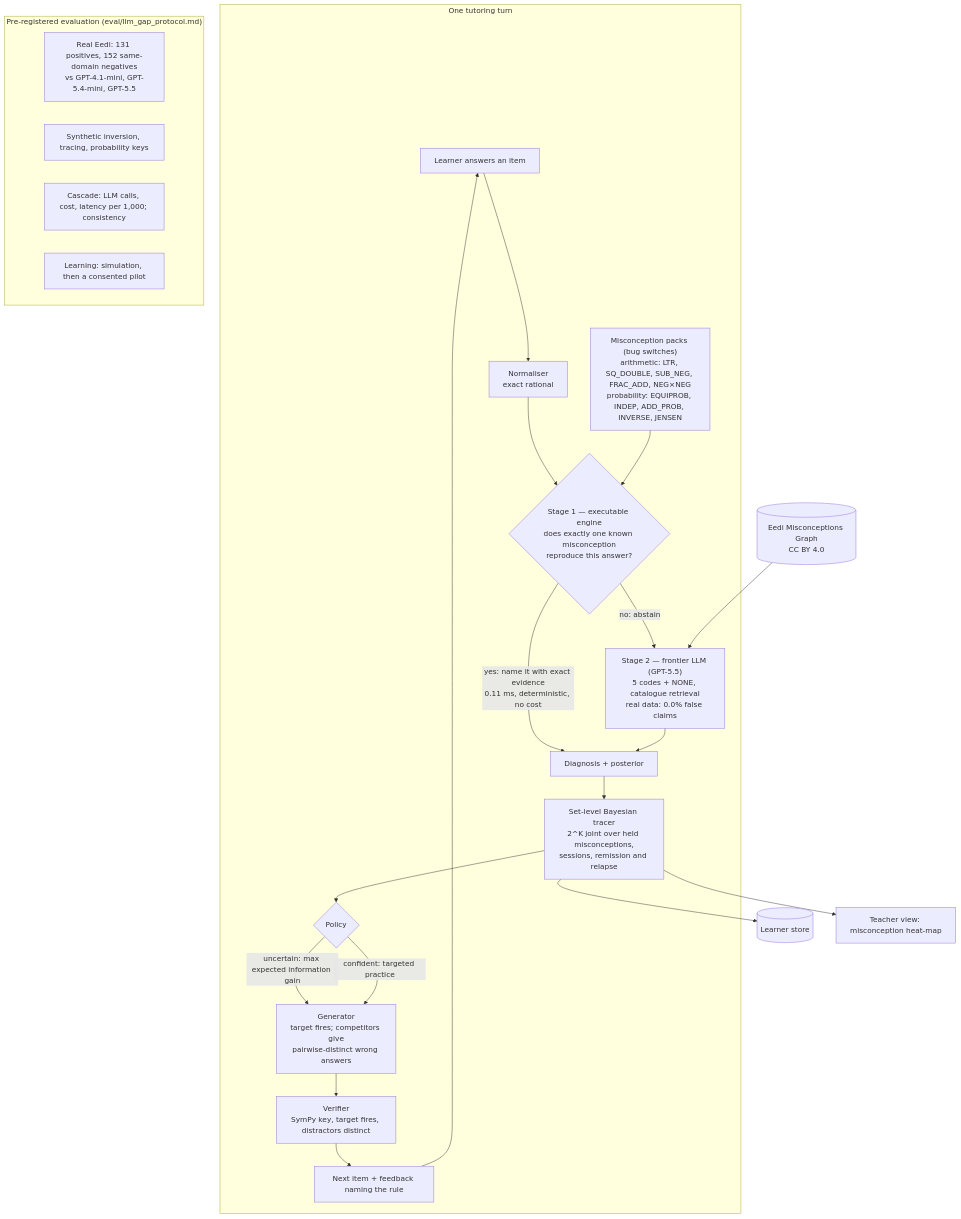
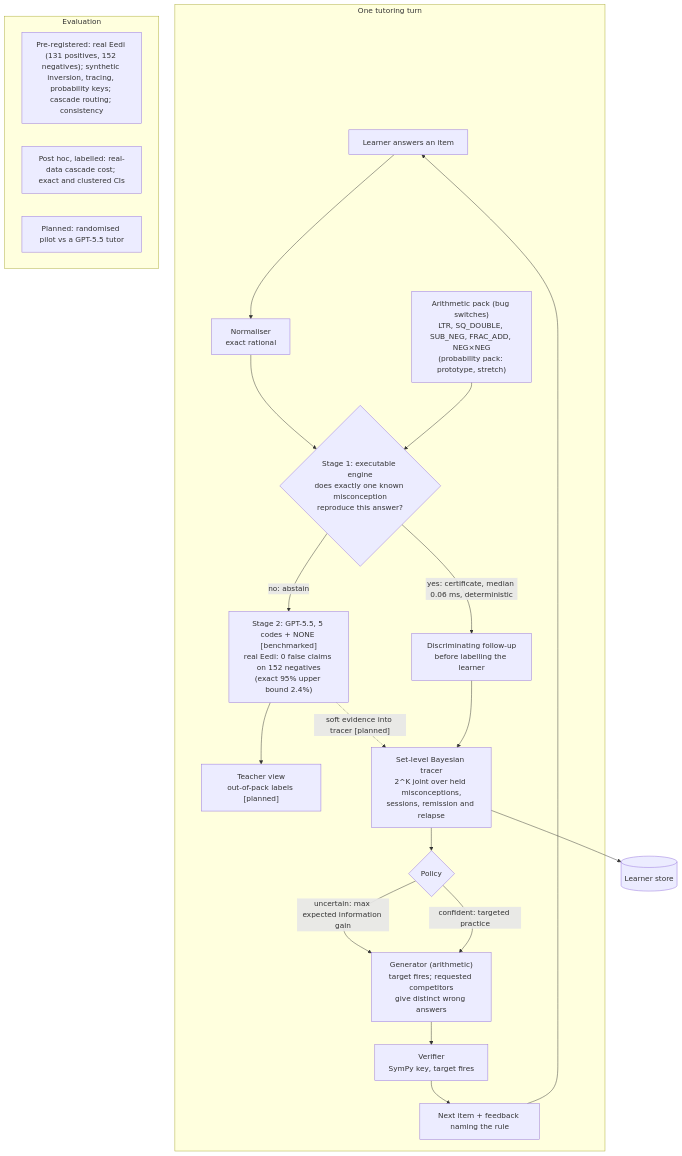
The diagram in perceptron-p08-misconception-tutor/deliverables/architecture.md (imdigitalashish/techfest-2026), drawn with Mermaid before and after one commit. The commit also changed other lines of this file and 20 other files, not shown here.

````diff
--- a/perceptron-p08-misconception-tutor/deliverables/architecture.md
+++ b/perceptron-p08-misconception-tutor/deliverables/architecture.md
@@ -6,27 +8,25 @@
 ```mermaid
 flowchart TB
   subgraph Turn["One tutoring turn"]
     A["Learner answers an item"] --> N["Normaliser<br/>exact rational"]
-    N --> E{"Stage 1 — executable engine<br/>does exactly one known misconception<br/>reproduce this answer?"}
-    B["Misconception packs (bug switches)<br/>arithmetic: LTR, SQ_DOUBLE, SUB_NEG, FRAC_ADD, NEG×NEG<br/>probability: EQUIPROB, INDEP, ADD_PROB, INVERSE, JENSEN"] --> E
-    E -->|"yes: name it with exact evidence<br/>0.11 ms, deterministic, no cost"| D["Diagnosis + posterior"]
-    E -->|"no: abstain"| L["Stage 2 — frontier LLM (GPT-5.5)<br/>5 codes + NONE, catalogue retrieval<br/>real data: 0.0% false claims"]
-    L --> D
-    D --> M["Set-level Bayesian tracer<br/>2^K joint over held misconceptions,<br/>sessions, remission and relapse"]
+    N --> E{"Stage 1: executable engine<br/>does exactly one known misconception<br/>reproduce this answer?"}
+    B["Arithmetic pack (bug switches)<br/>LTR, SQ_DOUBLE, SUB_NEG, FRAC_ADD, NEG×NEG<br/>(probability pack: prototype, stretch)"] --> E
+    E -->|"yes: certificate, median 0.06 ms, deterministic"| F["Discriminating follow-up<br/>before labelling the learner"]
+    E -->|"no: abstain"| L["Stage 2: GPT-5.5, 5 codes + NONE [benchmarked]<br/>real Eedi: 0 false claims on 152 negatives<br/>(exact 95% upper bound 2.4%)"]
+    L --> TV["Teacher view<br/>out-of-pack labels [planned]"]
+    L -.->|"soft evidence into tracer [planned]"| M
+    F --> M["Set-level Bayesian tracer<br/>2^K joint over held misconceptions,<br/>sessions, remission and relapse"]
     M --> P{"Policy"}
     P -->|"uncertain: max expected information gain"| G
-    P -->|"confident: targeted practice"| G["Generator<br/>target fires; competitors give<br/>pairwise-distinct wrong answers"]
-    G --> V["Verifier<br/>SymPy key, target fires, distractors distinct"]
+    P -->|"confident: targeted practice"| G["Generator (arithmetic)<br/>target fires; requested competitors<br/>give distinct wrong answers"]
+    G --> V["Verifier<br/>SymPy key, target fires"]
     V --> Q["Next item + feedback naming the rule"]
     Q --> A
   end
-  C1[("Eedi Misconceptions Graph<br/>CC BY 4.0")] --> L
   M --> S[("Learner store")]
-  M --> T["Teacher view: misconception heat-map"]
-  subgraph Eval["Pre-registered evaluation (eval/llm_gap_protocol.md)"]
-    E1["Real Eedi: 131 positives, 152 same-domain negatives<br/>vs GPT-4.1-mini, GPT-5.4-mini, GPT-5.5"]
-    E2["Synthetic inversion, tracing, probability keys"]
-    E3["Cascade: LLM calls, cost, latency per 1,000; consistency"]
-    E4["Learning: simulation, then a consented pilot"]
+  subgraph Eval["Evaluation"]
+    E1["Pre-registered: real Eedi (131 positives, 152 negatives); synthetic inversion, tracing, probability keys; cascade routing; consistency"]
+    E2["Post hoc, labelled: real-data cascade cost; exact and clustered CIs"]
+    E3["Planned: randomised pilot vs a GPT-5.5 tutor"]
   end
 ```
````
